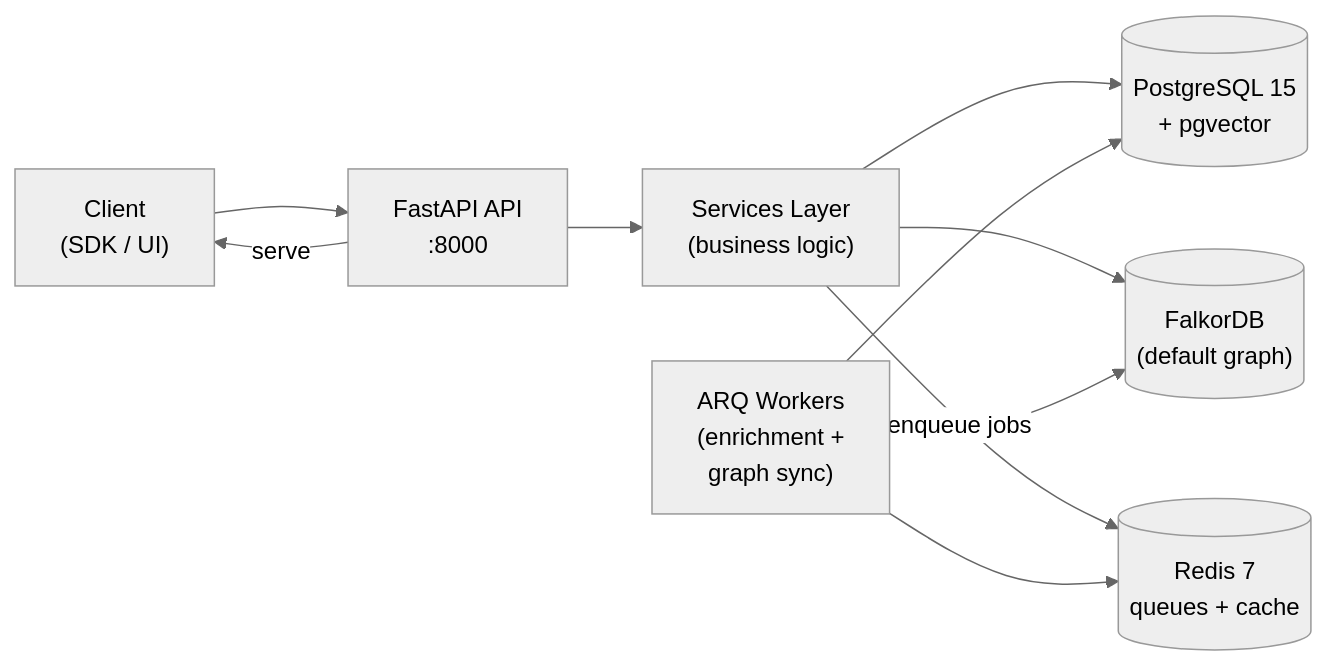
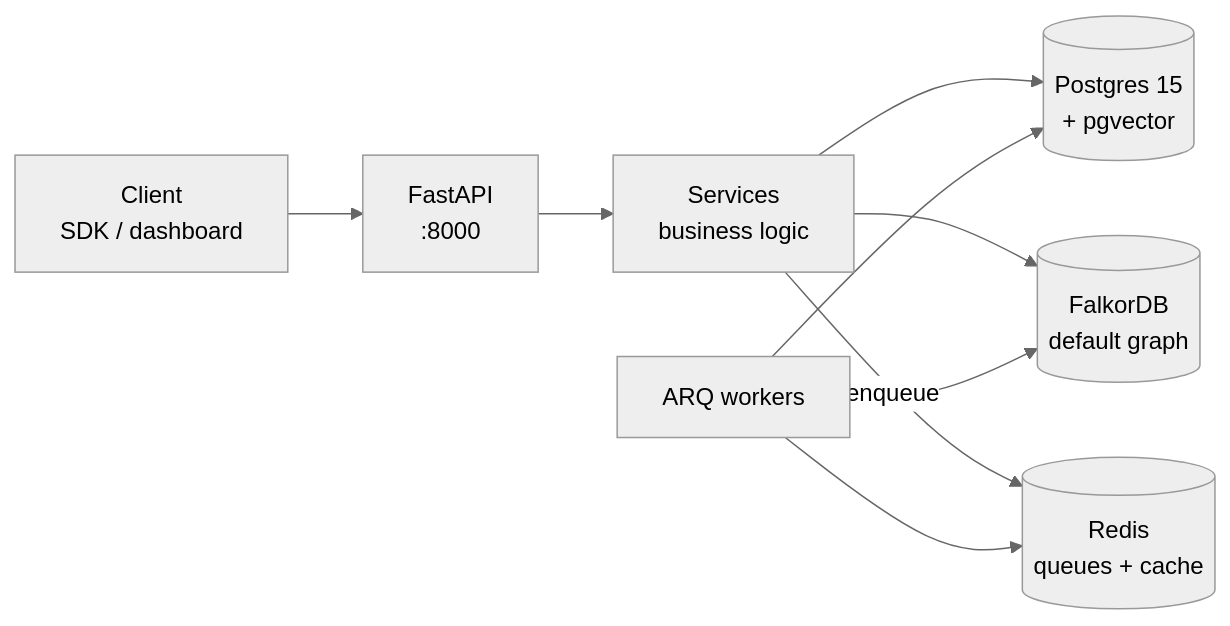
Before and after one commit to openzync/openzync-core: the diagram in README.md, drawn with Mermaid (neutral theme). The commit also changed other lines of this file and 3 other files, not shown here.

````diff
--- a/README.md
+++ b/README.md
@@ -60,12 +96,10 @@
 ```mermaid
 flowchart LR
-    Client["Client<br/>(SDK / UI)"] --> API["FastAPI API<br/>:8000"]
-    API --> Services["Services Layer<br/>(business logic)"]
-    Services --> PG[("PostgreSQL 15<br/>+ pgvector")]
-    Services --> FK[("FalkorDB<br/>(default graph)")]
-    Services -->|enqueue jobs| Redis[("Redis 7<br/>queues + cache")]
-    Workers["ARQ Workers<br/>(enrichment +<br/>graph sync)"] --> Redis
-    Workers --> PG
-    Workers --> FK
-    API -->|serve| Client
+    C["Client<br/>SDK / dashboard"] --> API["FastAPI<br/>:8000"]
+    API --> S["Services<br/>business logic"]
+    S --> PG[("Postgres 15<br/>+ pgvector")]
+    S --> FK[("FalkorDB<br/>default graph")]
+    S -->|enqueue| RD[("Redis<br/>queues + cache")]
+    W["ARQ workers"] --> RD
+    W --> PG & FK
 ```
````
